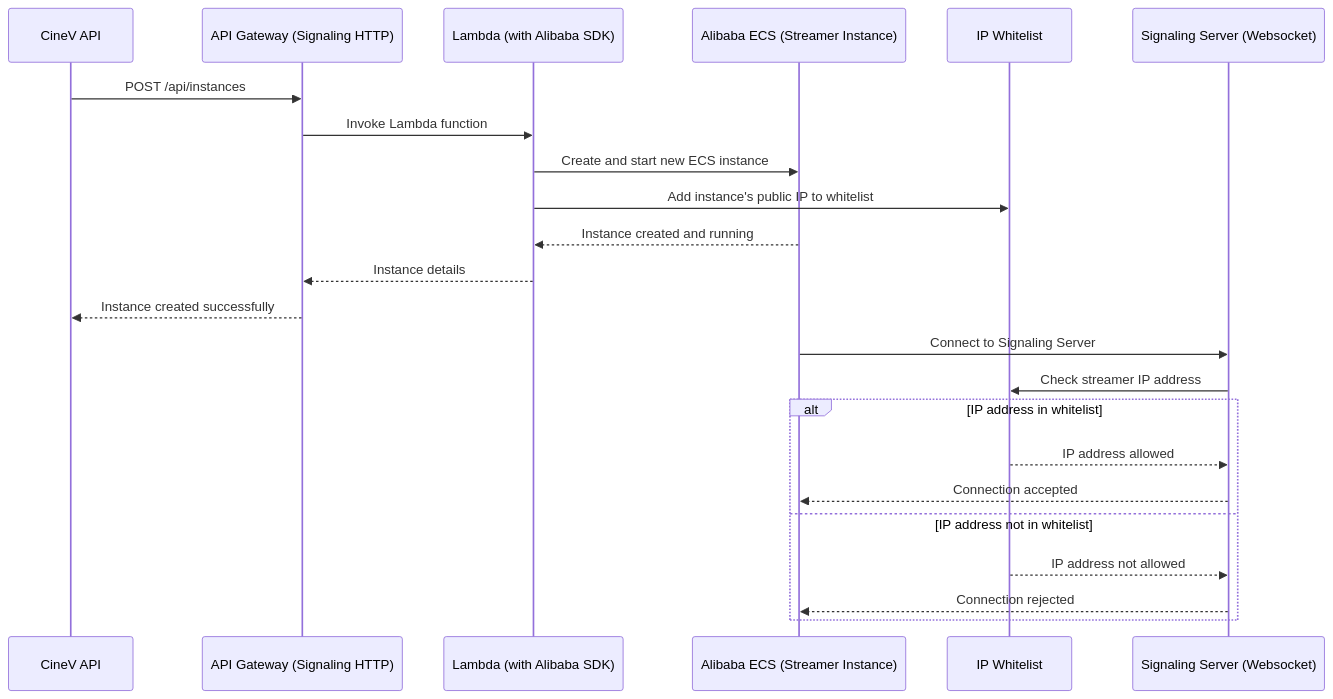
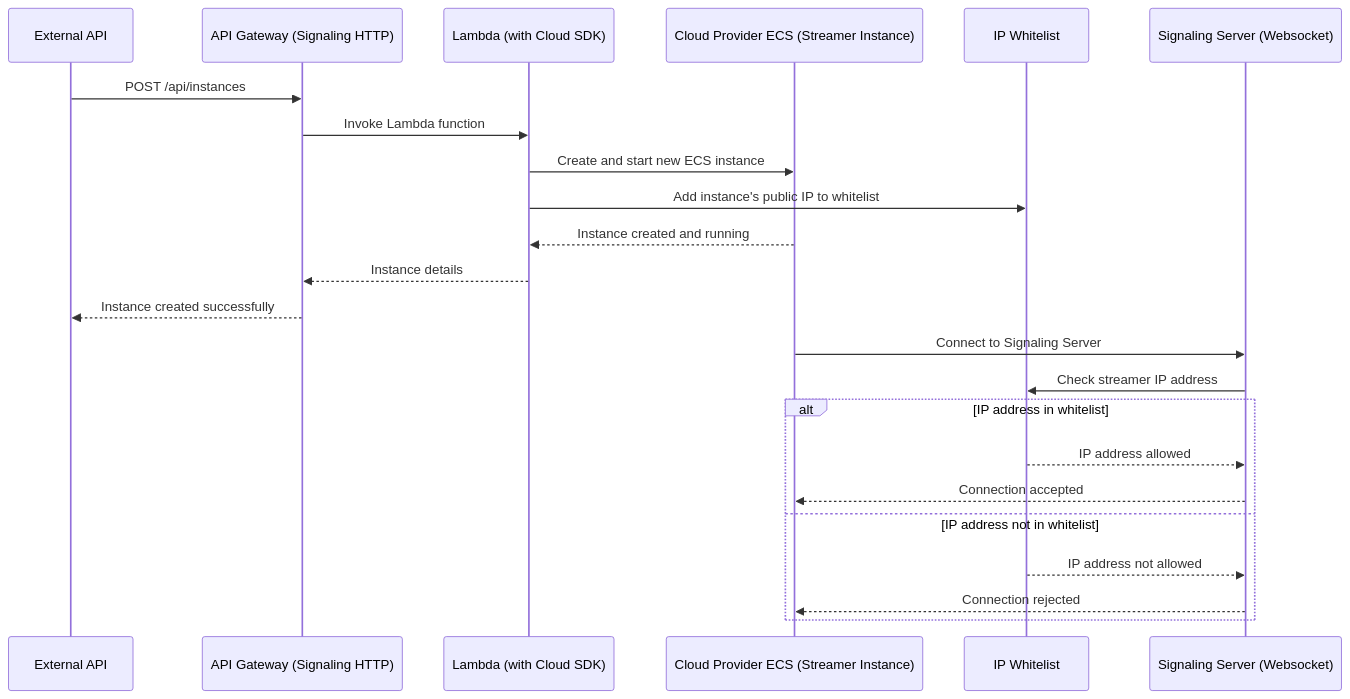
Before and after one commit to wokim/feature-dev-guide: the third of 5 diagrams in readme-examples/README.md, drawn with Mermaid. The commit also changed other lines of this file, not shown here.

Commit message:
refactor: update README examples to reflect changes in cloud provider terminology and API interactions

````diff
--- a/readme-examples/README.md
+++ b/readme-examples/README.md
@@ -218,27 +218,27 @@
 ```mermaid
 sequenceDiagram
-   participant BO as CineV API
+   participant BO as External API
    participant AG as API Gateway (Signaling HTTP)
-   participant L as Lambda (with Alibaba SDK)
-   participant ECS as Alibaba ECS (Streamer Instance)
+   participant L as Lambda (with Cloud SDK)
+   participant ECS as Cloud Provider ECS (Streamer Instance)
    participant IW as IP Whitelist
    participant SS as Signaling Server (Websocket)
 
    BO->>AG: POST /api/instances
    AG->>L: Invoke Lambda function
    L->>ECS: Create and start new ECS instance
    L->>IW: Add instance's public IP to whitelist
    ECS-->>L: Instance created and running
    L-->>AG: Instance details
    AG-->>BO: Instance created successfully
 
    ECS->>SS: Connect to Signaling Server
    SS->>IW: Check streamer IP address
    alt IP address in whitelist
        IW-->>SS: IP address allowed
        SS-->>ECS: Connection accepted
    else IP address not in whitelist
        IW-->>SS: IP address not allowed
        SS-->>ECS: Connection rejected
    end
 ```
````
